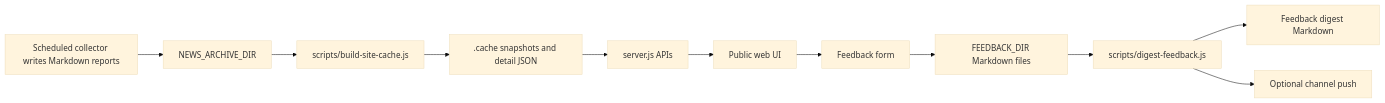
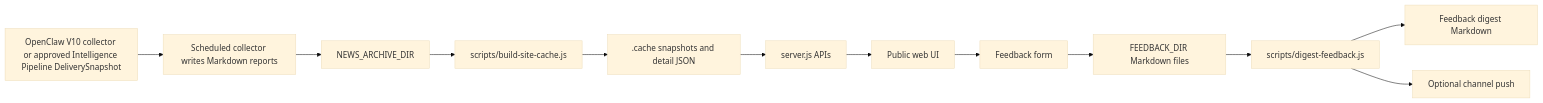
Before and after one commit to superwangkezheng-wq/daily-tech-briefing-site: the diagram in docs/architecture.md, drawn with Mermaid (base theme). The commit also changed other lines of this file and 5 other files, not shown here.

````diff
--- a/docs/architecture.md
+++ b/docs/architecture.md
@@ -17,13 +17,14 @@
 ```mermaid
 flowchart LR
-  A["Scheduled collector writes Markdown reports"] --> B["NEWS_ARCHIVE_DIR"]
+  A0["OpenClaw V10 collector or approved Intelligence Pipeline DeliverySnapshot"] --> A["Scheduled collector writes Markdown reports"]
+  A --> B["NEWS_ARCHIVE_DIR"]
   B --> C["scripts/build-site-cache.js"]
   C --> D[".cache snapshots and detail JSON"]
   D --> E["server.js APIs"]
   E --> F["Public web UI"]
   F --> G["Feedback form"]
   G --> H["FEEDBACK_DIR Markdown files"]
   H --> I["scripts/digest-feedback.js"]
   I --> J["Feedback digest Markdown"]
   I --> K["Optional channel push"]
 ```
````
